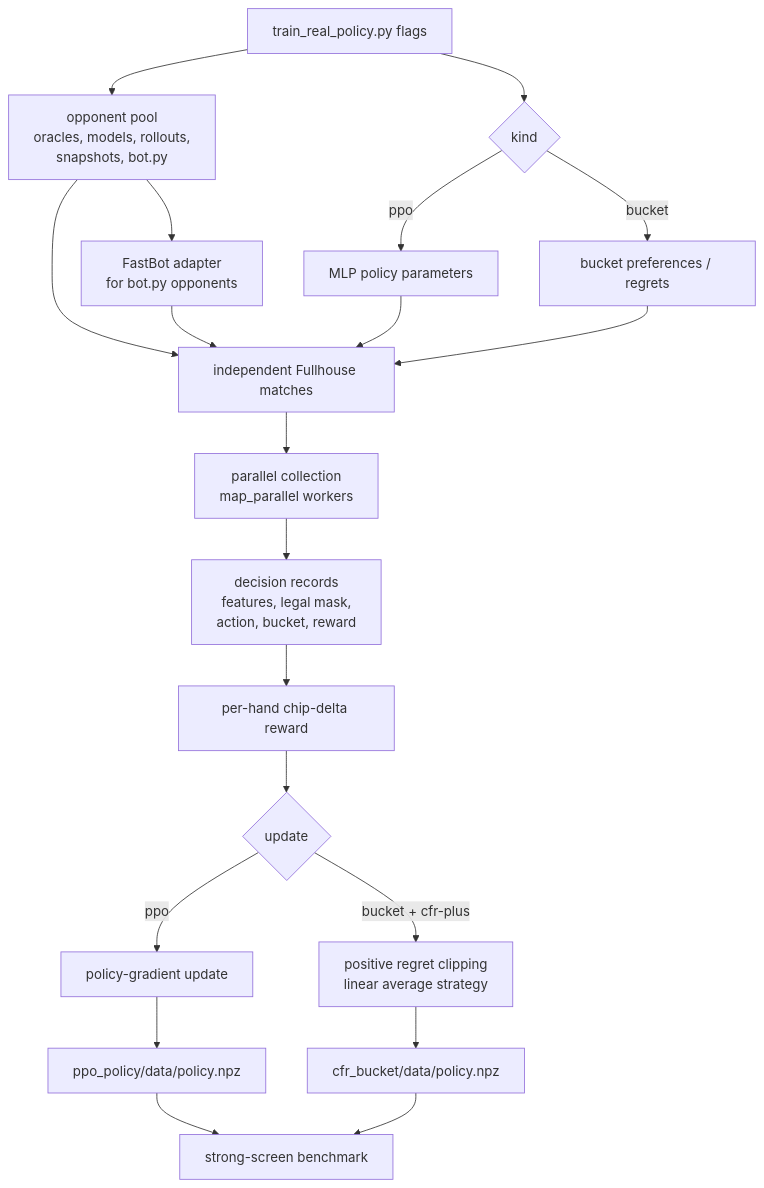
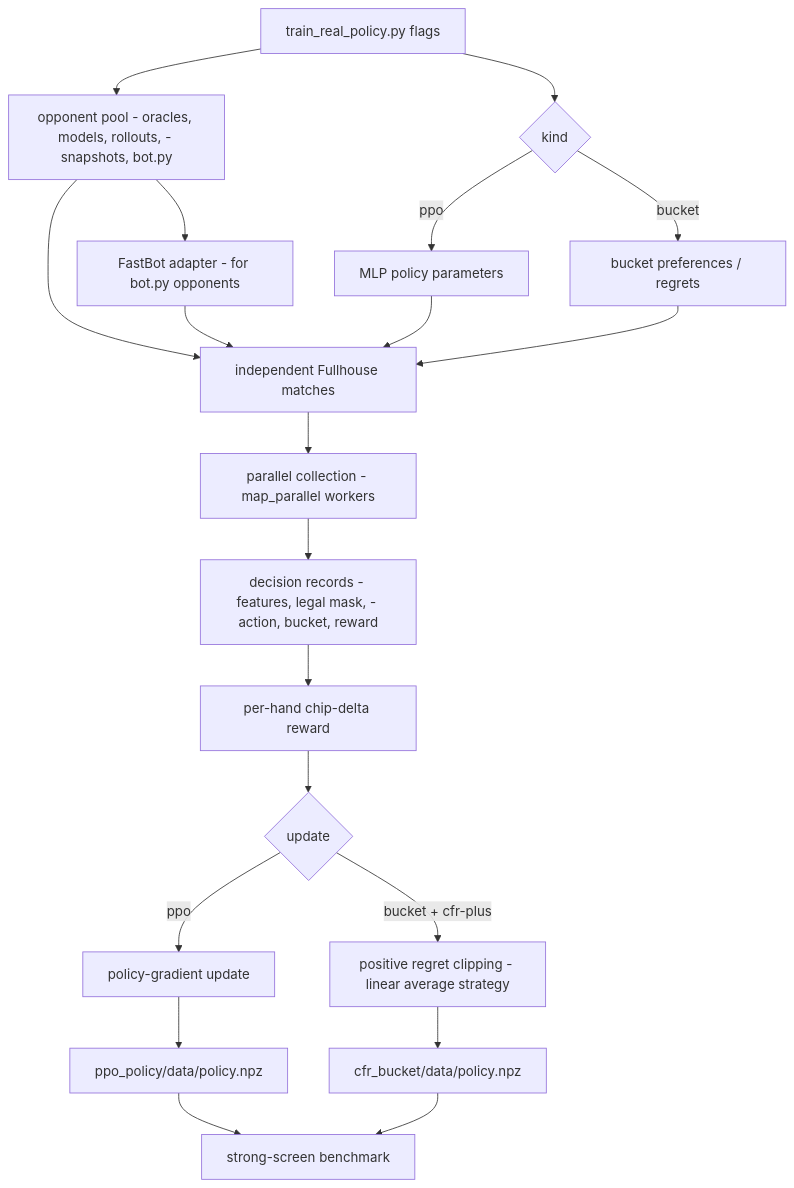
Before and after one commit to kosunghun317/fullhouse-engine: the second of 3 diagrams in docs/strong-mock-self-training-pipeline.md, drawn with Mermaid. The commit also changed other lines of this file and 13 other files, not shown here.

Commit message:
docs: normalize mermaid diagrams

````diff
--- a/docs/strong-mock-self-training-pipeline.md
+++ b/docs/strong-mock-self-training-pipeline.md
@@ -170,22 +170,22 @@
 ```mermaid
 graph TD
     Params["train_real_policy.py flags"] --> Mode{"kind"}
     Mode -->|ppo| MLP["MLP policy parameters"]
     Mode -->|bucket| Bucket["bucket preferences / regrets"]
-    Params --> OppPool["opponent pool\noracles, models, rollouts,\nsnapshots, bot.py"]
-    OppPool --> FastBot["FastBot adapter\nfor bot.py opponents"]
+    Params --> OppPool["opponent pool - oracles, models, rollouts, - snapshots, bot.py"]
+    OppPool --> FastBot["FastBot adapter - for bot.py opponents"]
     OppPool --> Matches["independent Fullhouse matches"]
     FastBot --> Matches
     MLP --> Matches
     Bucket --> Matches
-    Matches --> Parallel["parallel collection\nmap_parallel workers"]
-    Parallel --> Decisions["decision records\nfeatures, legal mask,\naction, bucket, reward"]
+    Matches --> Parallel["parallel collection - map_parallel workers"]
+    Parallel --> Decisions["decision records - features, legal mask, - action, bucket, reward"]
     Decisions --> Reward["per-hand chip-delta reward"]
     Reward --> Update{"update"}
     Update -->|ppo| PG["policy-gradient update"]
-    Update -->|bucket + cfr-plus| CFRPlus["positive regret clipping\nlinear average strategy"]
+    Update -->|bucket + cfr-plus| CFRPlus["positive regret clipping - linear average strategy"]
     PG --> ExportPPO["ppo_policy/data/policy.npz"]
     CFRPlus --> ExportCFR["cfr_bucket/data/policy.npz"]
     ExportPPO --> StrongScreen["strong-screen benchmark"]
     ExportCFR --> StrongScreen
 ```
````
